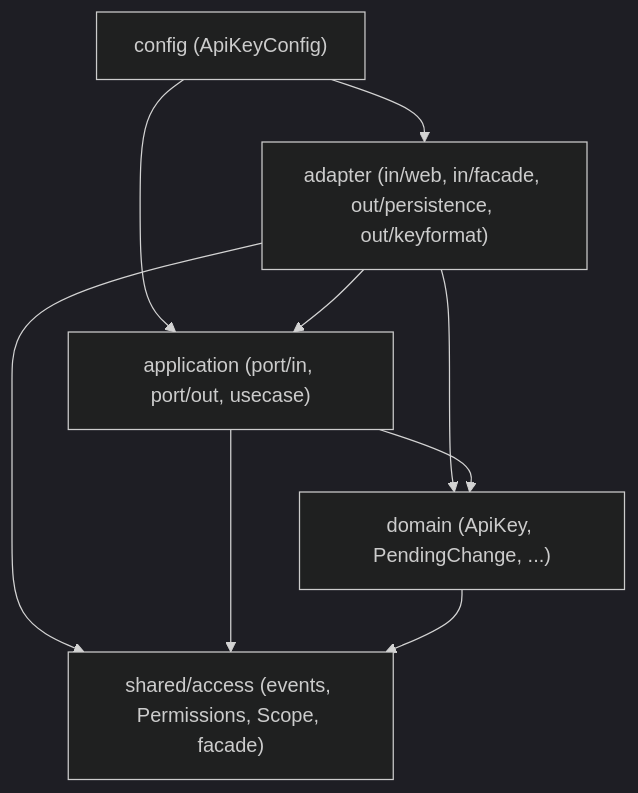
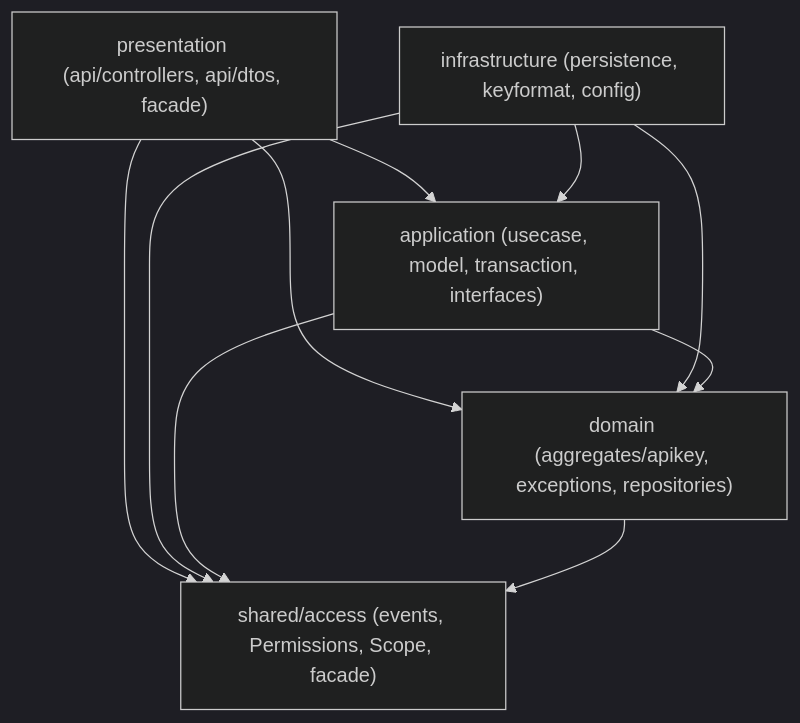
One commit to Dhiren9939/HQ-Tier0 changed the first of 7 diagrams in docs/access-class-structure.md. Above: the diagram before and after it, drawn with Mermaid (dark theme). The commit also changed other lines of this file and 2 other files, not shown here.

````diff
--- a/docs/access-class-structure.md
+++ b/docs/access-class-structure.md
@@ -29,17 +38,18 @@
 ```mermaid
 flowchart TB
-    config["config (ApiKeyConfig)"]
-    adapter["adapter (in/web, in/facade, out/persistence, out/keyformat)"]
-    application["application (port/in, port/out, usecase)"]
-    domain["domain (ApiKey, PendingChange, ...)"]
+    presentation["presentation (api/controllers, api/dtos, facade)"]
+    infrastructure["infrastructure (persistence, keyformat, config)"]
+    application["application (usecase, model, transaction, interfaces)"]
+    domain["domain (aggregates/apikey, exceptions, repositories)"]
     shared["shared/access (events, Permissions, Scope, facade)"]
 
-    config --> adapter
-    config --> application
-    adapter --> application
-    adapter --> domain
-    adapter --> shared
+    presentation --> application
+    presentation --> domain
+    presentation --> shared
+    infrastructure --> application
+    infrastructure --> domain
+    infrastructure --> shared
     application --> domain
     application --> shared
     domain --> shared
 ```
````
